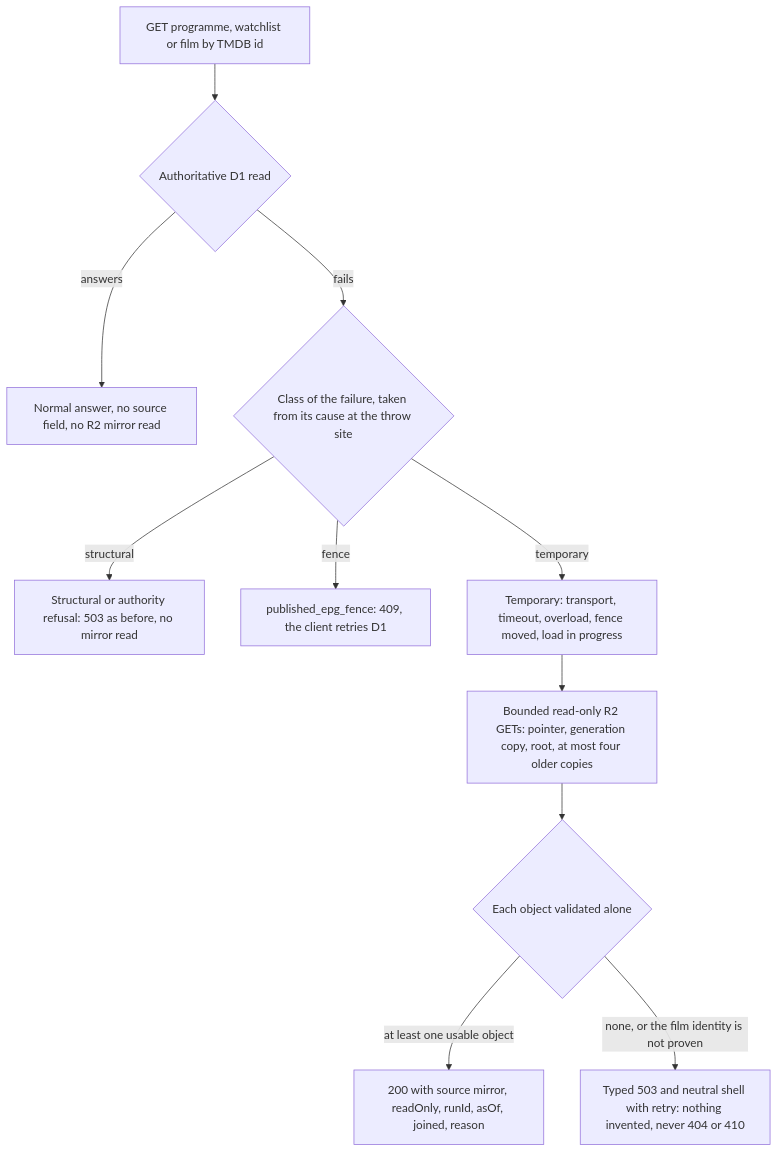
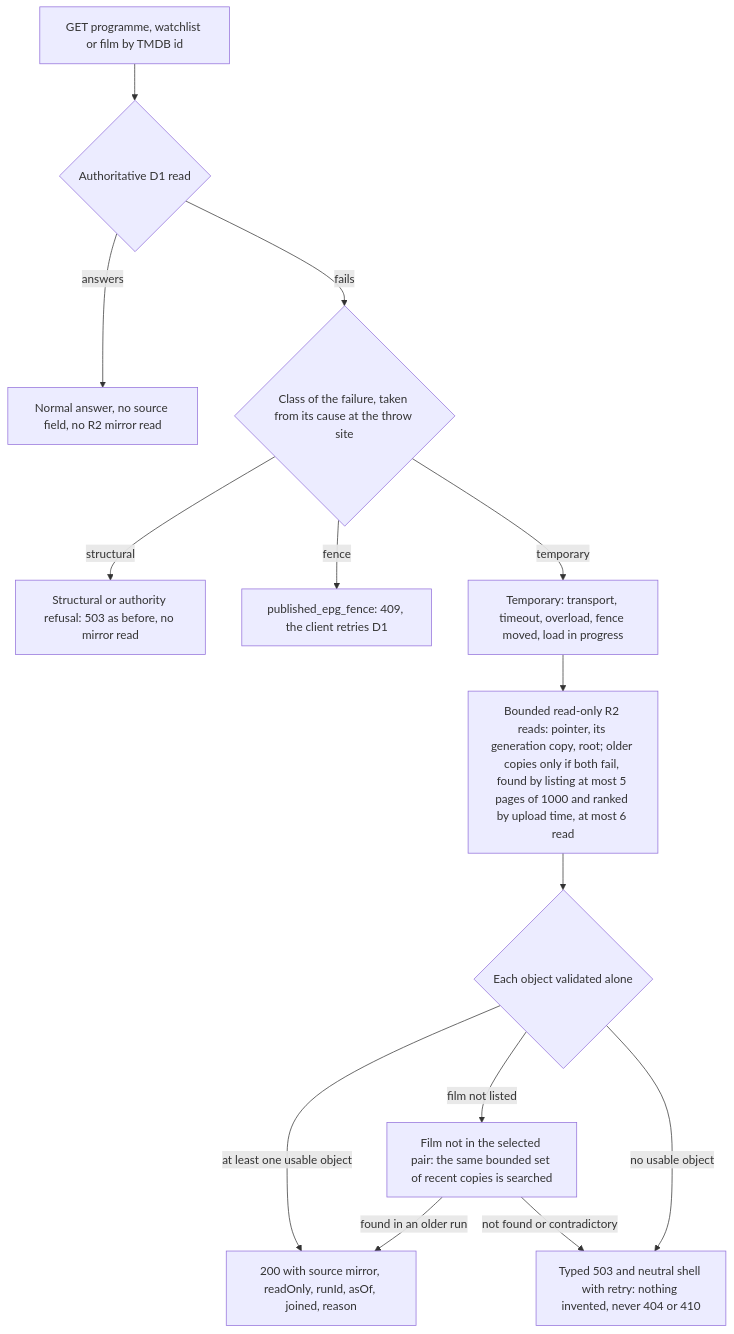
Before and after one commit to vladimino/iptv-watchlist: the third of 4 diagrams in docs/architecture/epg-and-availability.md, drawn with Mermaid. The commit also changed other lines of this file and 4 other files, not shown here.

First line of the commit message:
fix(availability): scope the saved-copy rule to the rendered data and update the bounded-read diagram (AIR-541)

````diff
--- a/docs/architecture/epg-and-availability.md
+++ b/docs/architecture/epg-and-availability.md
@@ -90,23 +90,27 @@
 ```mermaid
 flowchart TD
     read["GET programme, watchlist or film by TMDB id"]
     d1{"Authoritative D1 read"}
     normal["Normal answer, no source field, no R2 mirror read"]
     cls{"Class of the failure, taken from its cause at the throw site"}
     hard["Structural or authority refusal: 503 as before, no mirror read"]
     fence["published_epg_fence: 409, the client retries D1"]
     temp["Temporary: transport, timeout, overload, fence moved, load in progress"]
-    objects["Bounded read-only R2 GETs: pointer, generation copy, root, at most four older copies"]
+    objects["Bounded read-only R2 reads: pointer, its generation copy, root; older copies only if both fail, found by listing at most 5 pages of 1000 and ranked by upload time, at most 6 read"]
     valid{"Each object validated alone"}
+    other["Film not in the selected pair: the same bounded set of recent copies is searched"]
     degraded["200 with source mirror, readOnly, runId, asOf, joined, reason"]
     shell["Typed 503 and neutral shell with retry: nothing invented, never 404 or 410"]
     read --> d1
     d1 -->|"answers"| normal
     d1 -->|"fails"| cls
     cls -->|"structural"| hard
     cls -->|"fence"| fence
     cls -->|"temporary"| temp
     temp --> objects --> valid
     valid -->|"at least one usable object"| degraded
-    valid -->|"none, or the film identity is not proven"| shell
+    valid -->|"film not listed"| other
+    other -->|"found in an older run"| degraded
+    other -->|"not found or contradictory"| shell
+    valid -->|"no usable object"| shell
 ```
````
